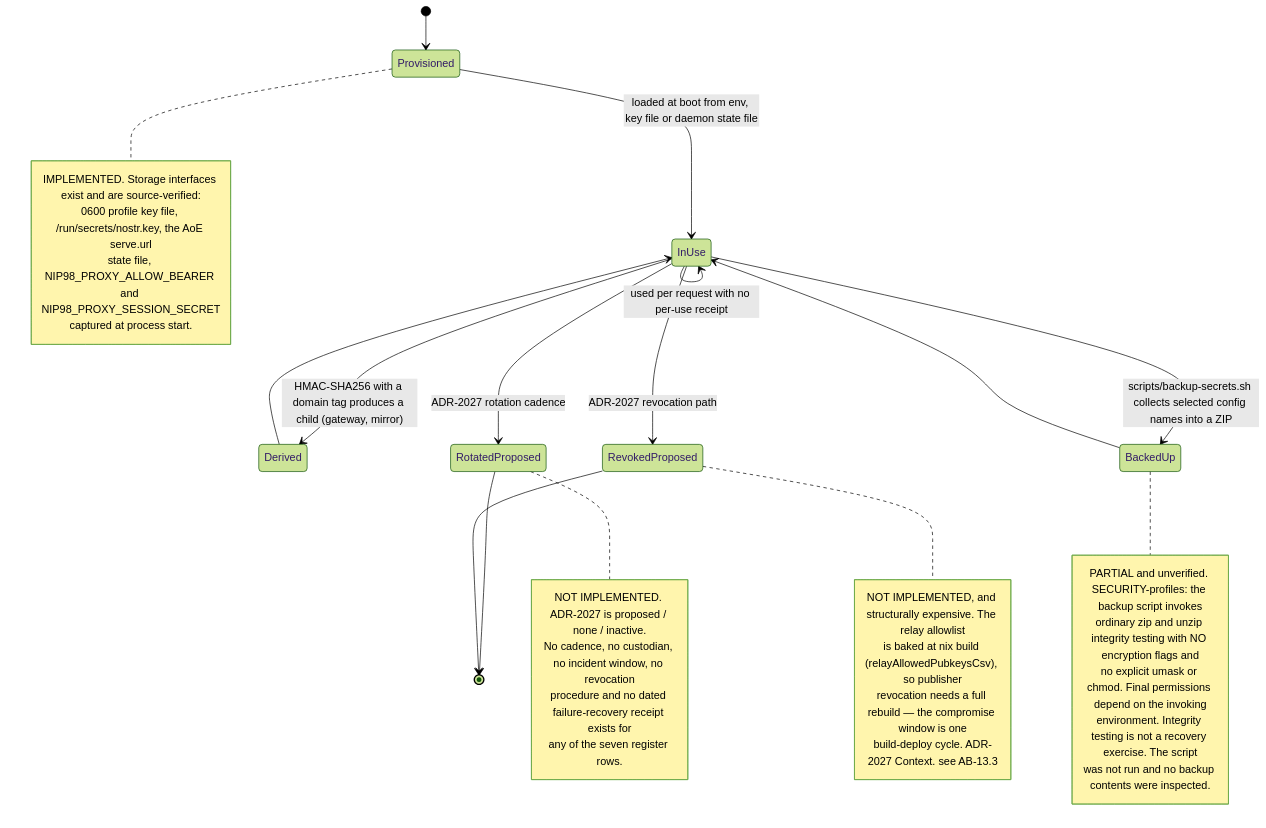
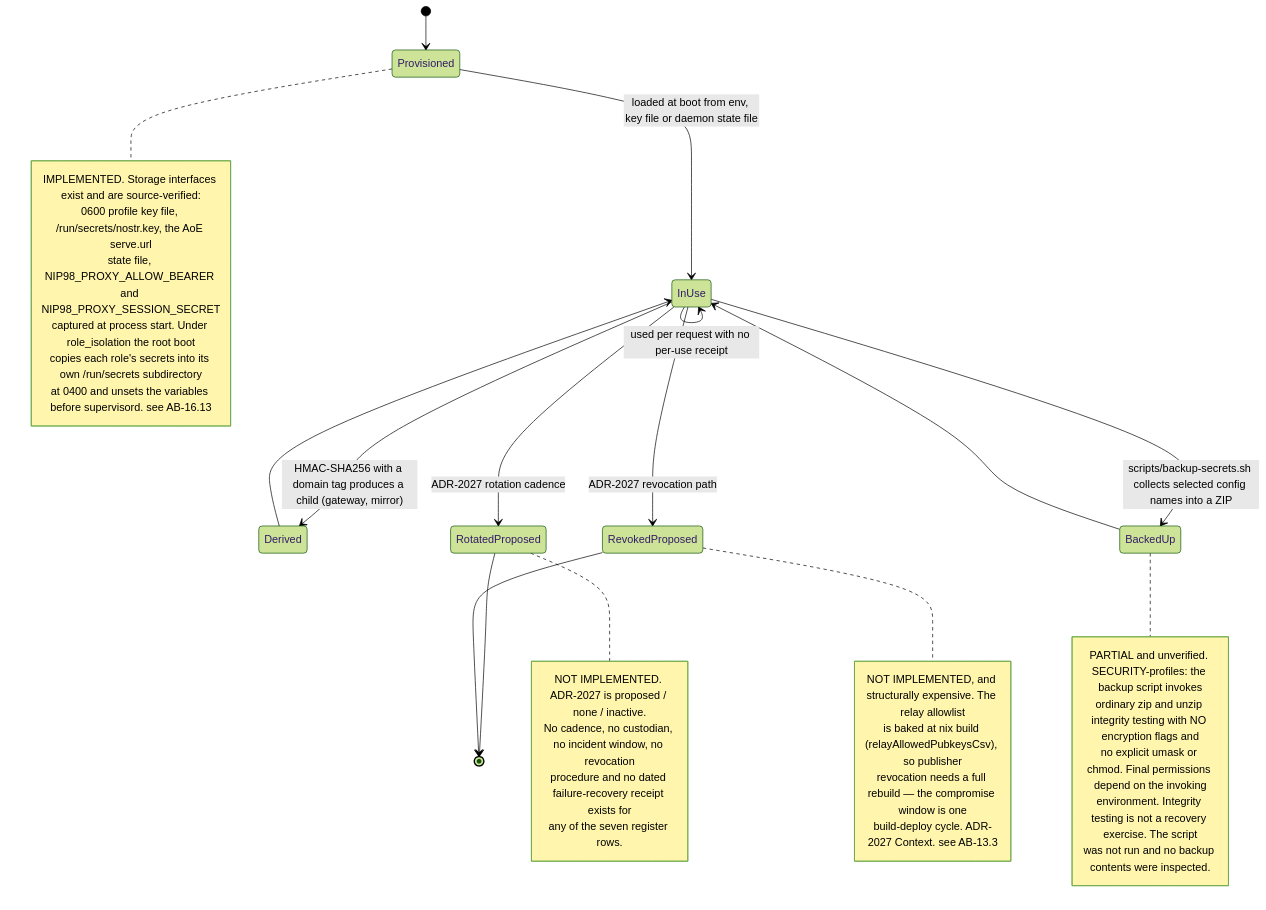
Before and after one commit to DreamLab-AI/VisionFlow: the eighth of 14 diagrams in docs/diagrams/agentbox/16-secrets-custody-seccomp-profiles.md, drawn with Mermaid (forest theme). The commit also changed other lines of this file and 14 other files, not shown here.

First line of the commit message:
docs(diagrams): custody role isolation — new AB-36, re-stamp 11 topics at the custody integration head

````diff
--- a/docs/diagrams/agentbox/16-secrets-custody-seccomp-profiles.md
+++ b/docs/diagrams/agentbox/16-secrets-custody-seccomp-profiles.md
@@ -277,39 +308,41 @@
 ```mermaid
 stateDiagram-v2
     [*] --> Provisioned
     Provisioned --> InUse : loaded at boot from env, key file or daemon state file
     InUse --> InUse : used per request with no per-use receipt
     InUse --> Derived : HMAC-SHA256 with a domain tag produces a child (gateway, mirror)
     Derived --> InUse
     InUse --> BackedUp : scripts/backup-secrets.sh collects selected config names into a ZIP
     BackedUp --> InUse
     InUse --> RotatedProposed : ADR-2027 rotation cadence
     InUse --> RevokedProposed : ADR-2027 revocation path
     RotatedProposed --> [*]
     RevokedProposed --> [*]
     note right of Provisioned
         IMPLEMENTED. Storage interfaces exist and are source-verified:
         0600 profile key file, /run/secrets/nostr.key, the AoE serve.url
         state file, NIP98_PROXY_ALLOW_BEARER and NIP98_PROXY_SESSION_SECRET
-        captured at process start.
+        captured at process start. Under role_isolation the root boot
+        copies each role's secrets into its own /run/secrets subdirectory
+        at 0400 and unsets the variables before supervisord. see AB-16.13
     end note
     note right of BackedUp
         PARTIAL and unverified. SECURITY-profiles: the backup script invokes
         ordinary zip and unzip integrity testing with NO encryption flags and
         no explicit umask or chmod. Final permissions depend on the invoking
         environment. Integrity testing is not a recovery exercise. The script
         was not run and no backup contents were inspected.
     end note
     note right of RotatedProposed
         NOT IMPLEMENTED. ADR-2027 is proposed / none / inactive.
         No cadence, no custodian, no incident window, no revocation
         procedure and no dated failure-recovery receipt exists for
         any of the seven register rows.
     end note
     note right of RevokedProposed
         NOT IMPLEMENTED, and structurally expensive. The relay allowlist
         is baked at nix build (relayAllowedPubkeysCsv), so publisher
         revocation needs a full rebuild — the compromise window is one
         build-deploy cycle. ADR-2027 Context. see AB-13.3
     end note
 ```
````
